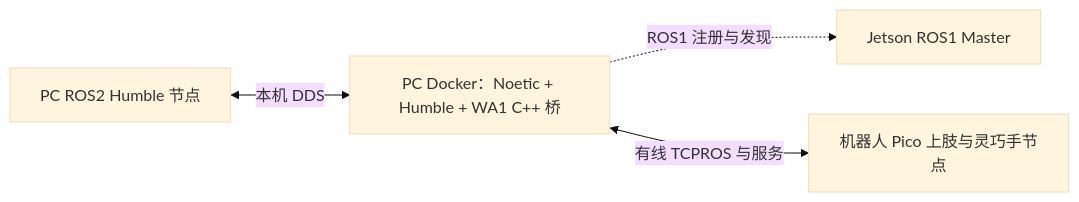
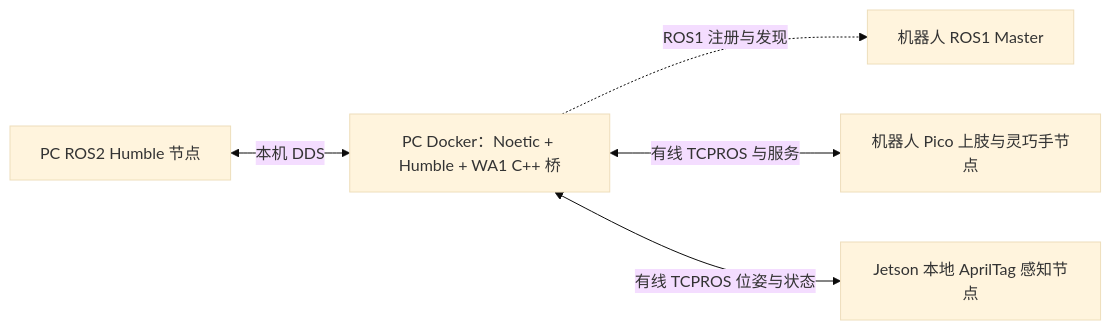
Before and after one commit to CSC309Zhou/WA1_ws: the diagram in native_bridge/README.md, drawn with Mermaid (base theme). The commit also changed other lines of this file and 25 other files, not shown here.

Commit message:
feat: add Jetson AprilTag perception and ROS 2 visualization

````diff
--- a/native_bridge/README.md
+++ b/native_bridge/README.md
@@ -11,6 +11,7 @@
 ```mermaid
 flowchart LR
   APP[PC ROS2 Humble 节点] <-->|本机 DDS| BRIDGE[PC Docker：Noetic + Humble + WA1 C++ 桥]
-  BRIDGE -.->|ROS1 注册与发现| MASTER[Jetson ROS1 Master]
+  BRIDGE -.->|ROS1 注册与发现| MASTER[机器人 ROS1 Master]
   BRIDGE <-->|有线 TCPROS 与服务| PICO[机器人 Pico 上肢与灵巧手节点]
+  BRIDGE <-->|有线 TCPROS 位姿与状态| JETSON[Jetson 本地 AprilTag 感知节点]
 ```
````
